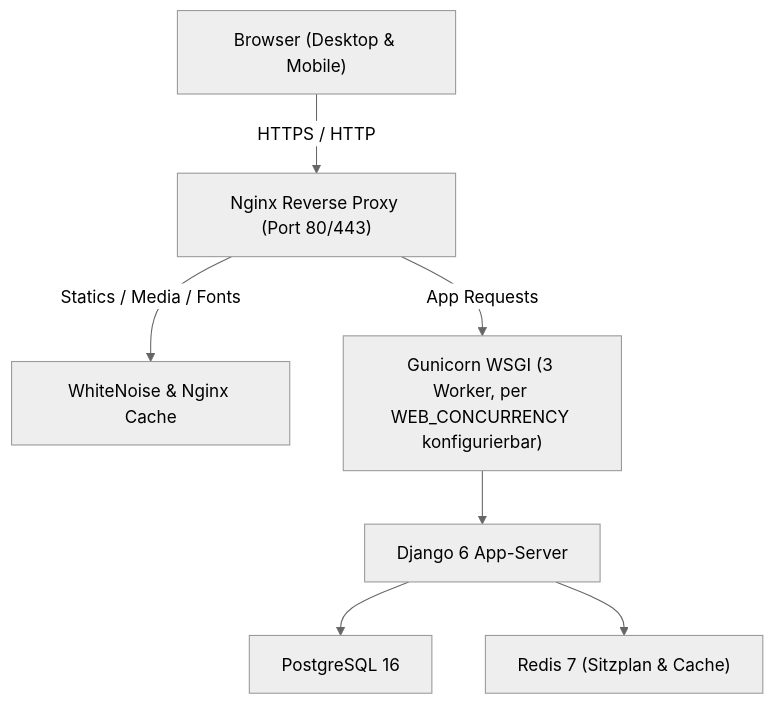
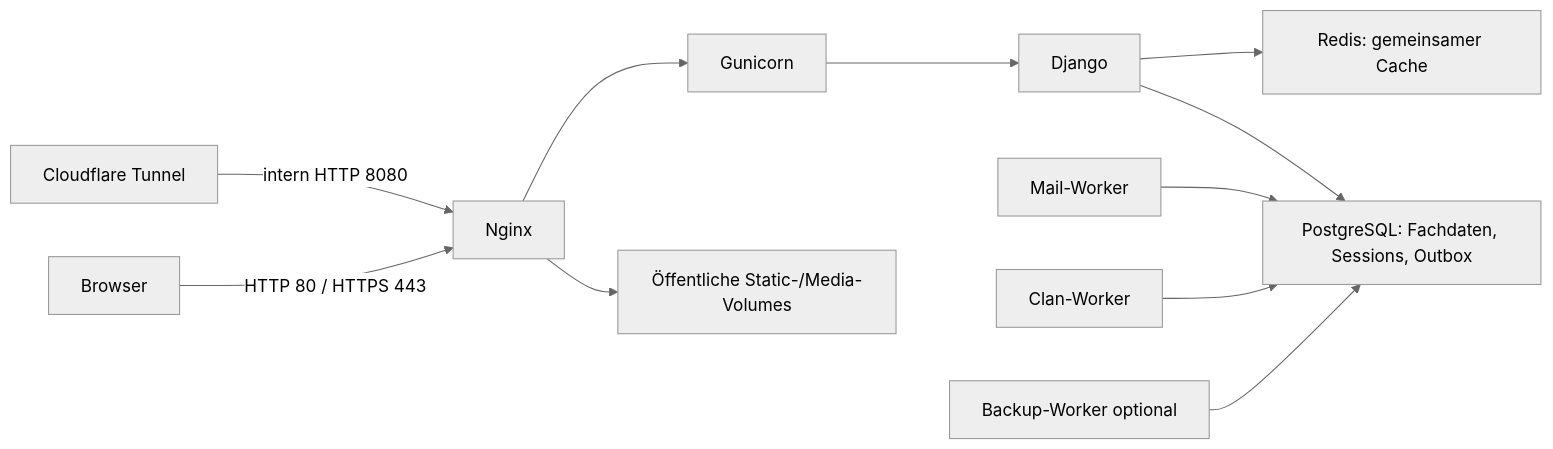
One commit to eschafellner/EntailsNG changed the diagram in DEVELOPER_HANDOVER.md. Above: the diagram before and after it, drawn with Mermaid (neutral theme). The commit also changed other lines of this file and 51 other files, not shown here.

````diff
--- a/DEVELOPER_HANDOVER.md
+++ b/DEVELOPER_HANDOVER.md
@@ -47,9 +9,12 @@
 ```mermaid
-graph TD
-    Client["Browser (Desktop & Mobile)"] -->|HTTPS / HTTP| Nginx["Nginx Reverse Proxy (Port 80/443)"]
-    Nginx -->|Statics / Media / Fonts| StaticFiles["WhiteNoise & Nginx Cache"]
-    Nginx -->|App Requests| Gunicorn["Gunicorn WSGI (3 Worker, per WEB_CONCURRENCY konfigurierbar)"]
-    Gunicorn --> Django["Django 6 App-Server"]
-    Django --> Postgres["PostgreSQL 16"]
-    Django --> Redis["Redis 7 (Sitzplan & Cache)"]
+graph LR
+    Browser -->|HTTP 80 / HTTPS 443| Nginx
+    Tunnel[Cloudflare Tunnel] -->|intern HTTP 8080| Nginx
+    Nginx --> Assets[Öffentliche Static-/Media-Volumes]
+    Nginx --> Gunicorn --> Django
+    Django --> PG[PostgreSQL: Fachdaten, Sessions, Outbox]
+    Django --> Redis[Redis: gemeinsamer Cache]
+    Mail[Mail-Worker] --> PG
+    Clan[Clan-Worker] --> PG
+    Backup[Backup-Worker optional] --> PG
 ```
````
